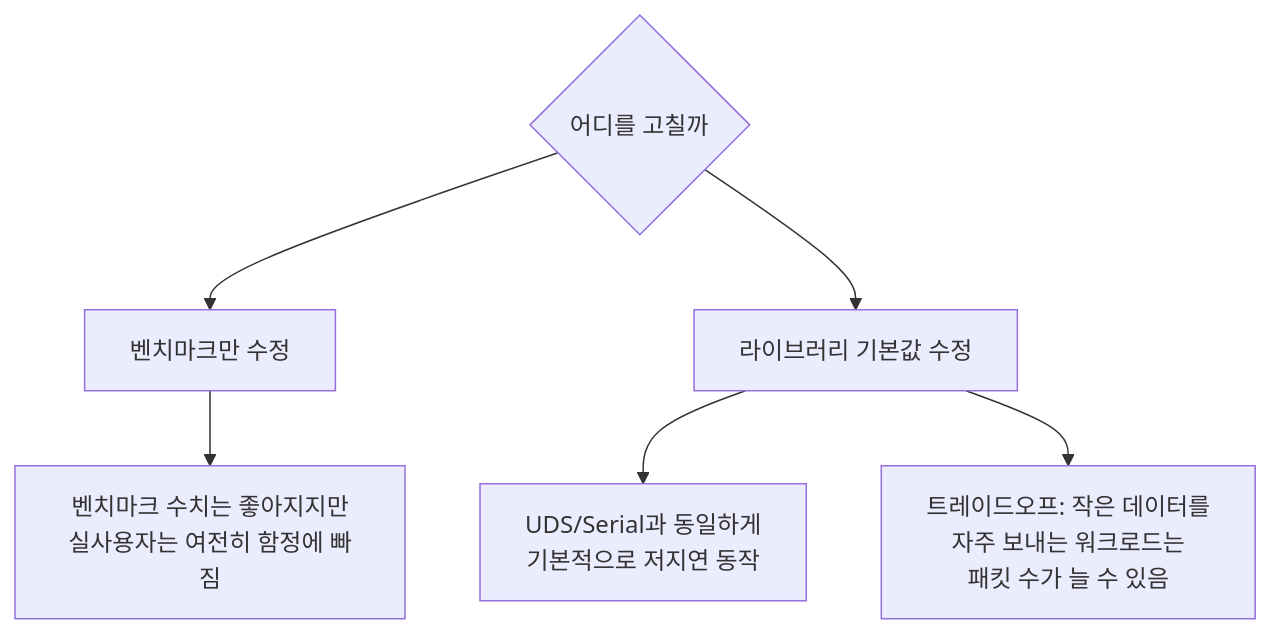
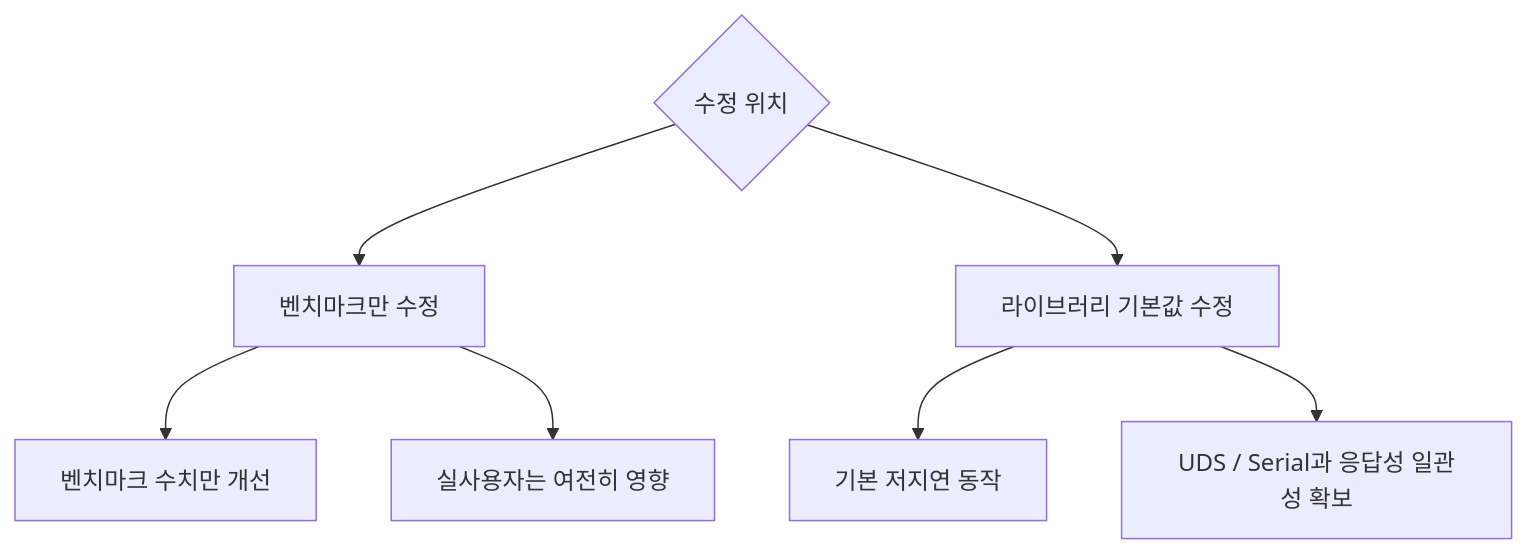
One commit to jwsung91/jwsung91.github.io changed the sixth of 8 diagrams in src/content/blog/2026-07-01-unilink-tcp-nodelay-트러블슈팅.md. Above: the diagram before and after it, drawn with Mermaid. The commit also changed other lines of this file, not shown here.

````diff
--- a/src/content/blog/2026-07-01-unilink-tcp-nodelay-트러블슈팅.md
+++ b/src/content/blog/2026-07-01-unilink-tcp-nodelay-트러블슈팅.md
@@ -103,8 +171,9 @@
 ```mermaid
 flowchart TD
-    A{어디를 고칠까} --> B[벤치마크만 수정]
+    A{수정 위치} --> B[벤치마크만 수정]
     A --> C[라이브러리 기본값 수정]
-    B --> D["벤치마크 수치는 좋아지지만<br/>실사용자는 여전히 함정에 빠짐"]
-    C --> E["UDS/Serial과 동일하게<br/>기본적으로 저지연 동작"]
-    C --> F["트레이드오프: 작은 데이터를<br/>자주 보내는 워크로드는<br/>패킷 수가 늘 수 있음"]
+    B --> D[벤치마크 수치만 개선]
+    B --> E[실사용자는 여전히 영향]
+    C --> F[기본 저지연 동작]
+    C --> G[UDS / Serial과 응답성 일관성 확보]
 ```
````
